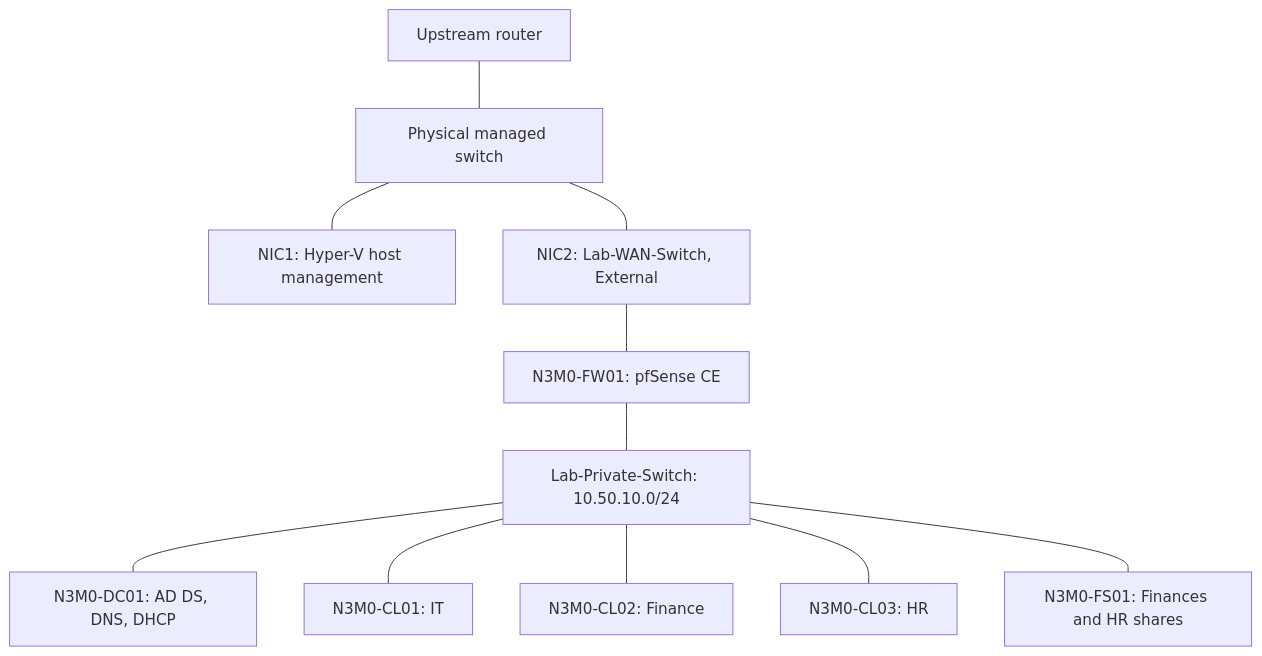
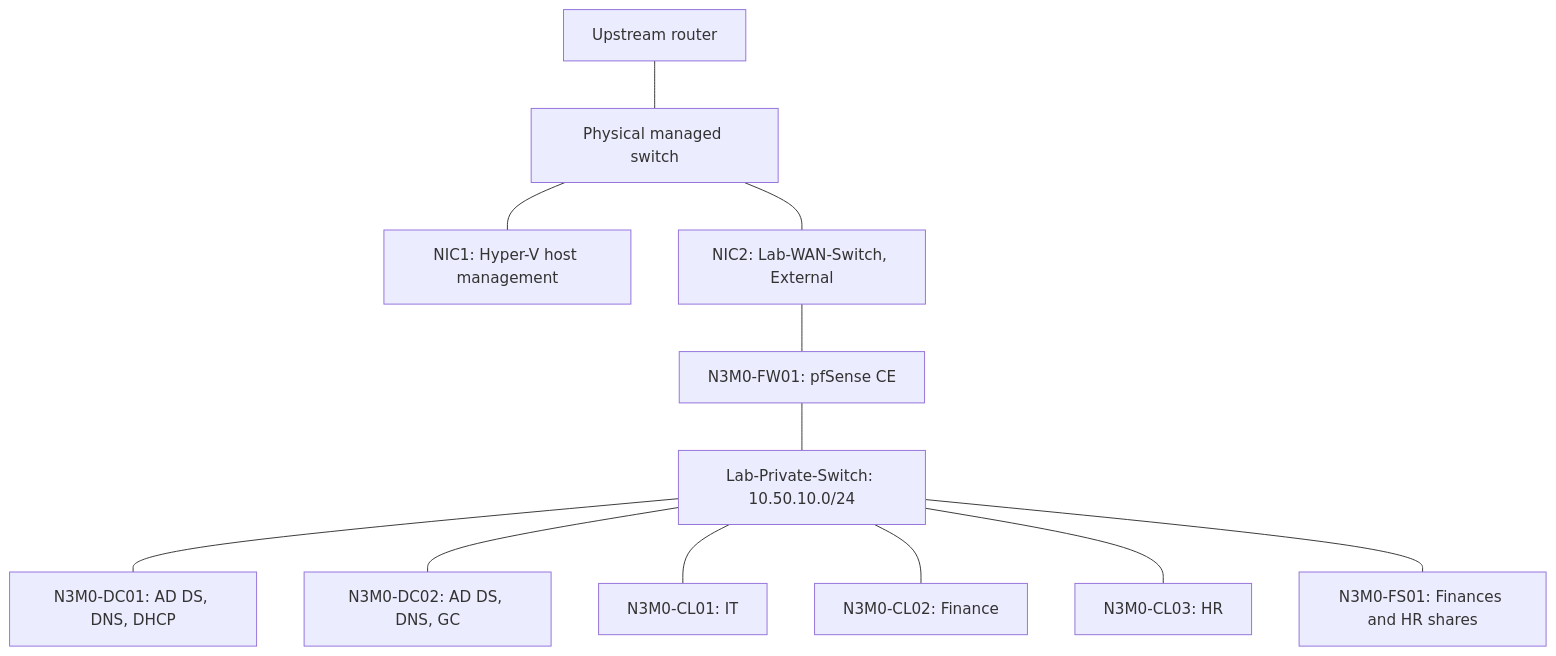
The diagram in docs/architecture.md (N3M0SYS/Active-Directory-Deployment-Lab), drawn with Mermaid before and after one commit. The commit also changed other lines of this file, not shown here.

Commit message:
Record verified DC02 milestone in docs/architecture.md

````diff
--- a/docs/architecture.md
+++ b/docs/architecture.md
@@ -7,13 +7,14 @@
 ```mermaid
 flowchart TD
     Router["Upstream router"] --- Physical["Physical managed switch"]
     Physical --- NIC1["NIC1: Hyper-V host management"]
     Physical --- WAN["NIC2: Lab-WAN-Switch, External"]
     WAN --- FW["N3M0-FW01: pfSense CE"]
     FW --- LAN["Lab-Private-Switch: 10.50.10.0/24"]
     LAN --- DC["N3M0-DC01: AD DS, DNS, DHCP"]
+    LAN --- DC2["N3M0-DC02: AD DS, DNS, GC"]
     LAN --- CL01["N3M0-CL01: IT"]
     LAN --- CL02["N3M0-CL02: Finance"]
     LAN --- CL03["N3M0-CL03: HR"]
     LAN --- FS["N3M0-FS01: Finances and HR shares"]
 ```
````
